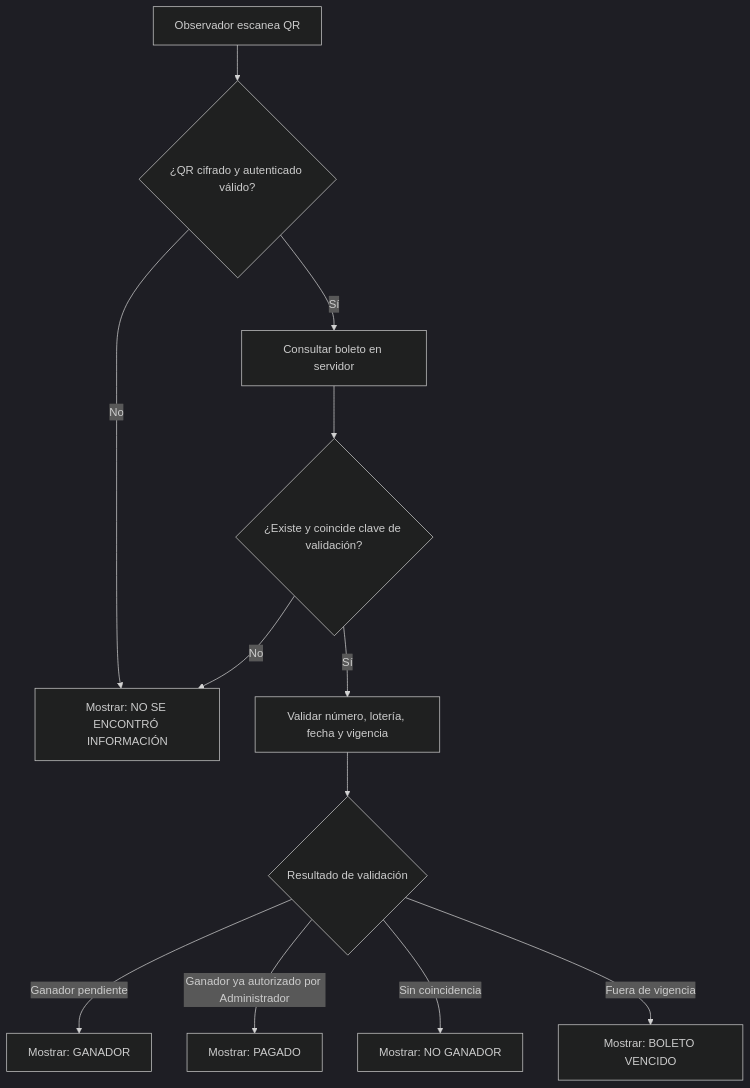
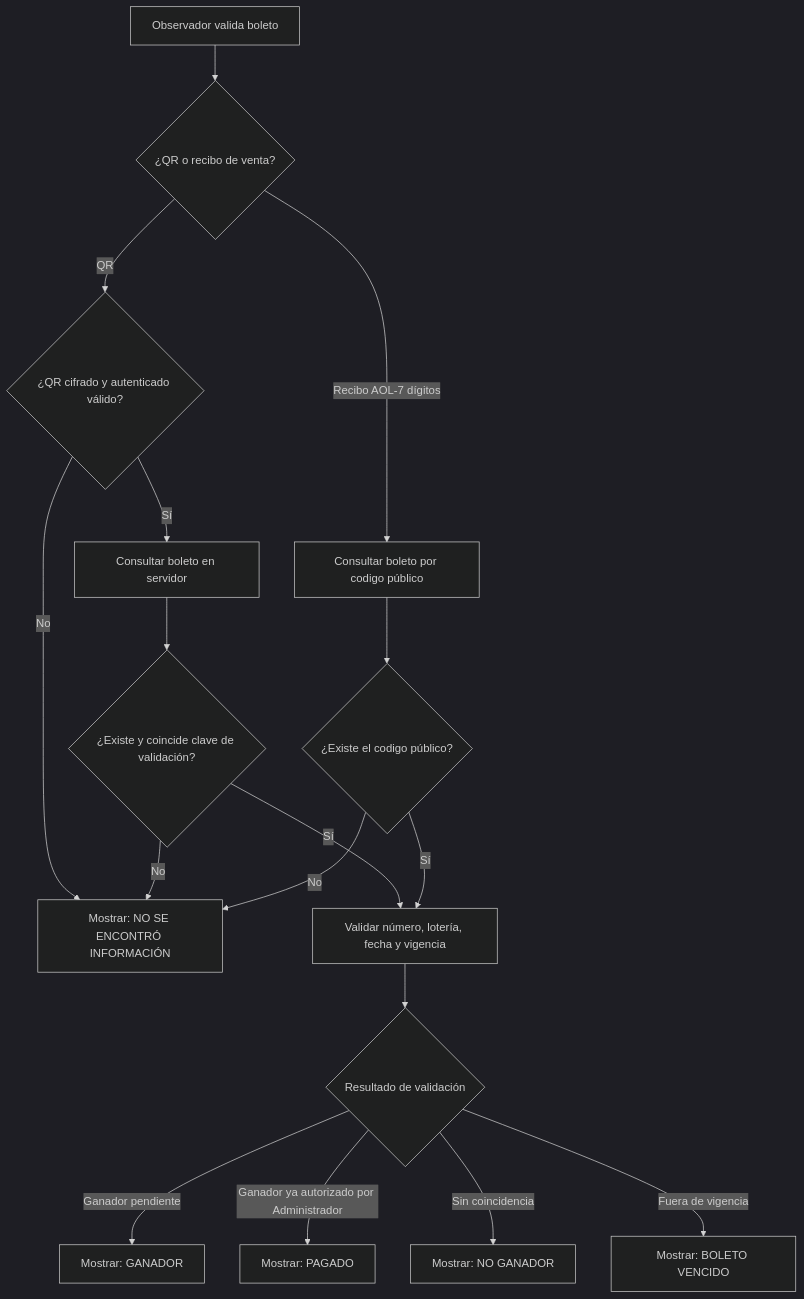
One commit to alejoortiz18/apuestasMarcelaAndres changed the fourth of 5 diagrams in documentos/REQUERIMIENTOS DE SOFTWARE.MD. Above: the diagram before and after it, drawn with Mermaid (dark theme). The commit also changed other lines of this file and 115 other files, not shown here.

````diff
--- a/documentos/REQUERIMIENTOS DE SOFTWARE.MD
+++ b/documentos/REQUERIMIENTOS DE SOFTWARE.MD
@@ -1718,14 +1736,19 @@
 ```mermaid
 flowchart TD
-    A[Observador escanea QR] --> B{¿QR cifrado y autenticado válido?}
+    A[Observador valida boleto] --> M{¿QR o recibo de venta?}
+    M -->|QR| B{¿QR cifrado y autenticado válido?}
+    M -->|Recibo AOL-7 dígitos| C[Consultar boleto por codigo público]
     B -->|No| X[Mostrar: NO SE ENCONTRÓ INFORMACIÓN]
-    B -->|Sí| C[Consultar boleto en servidor]
-    C --> D{¿Existe y coincide clave de validación?}
+    B -->|Sí| C2[Consultar boleto en servidor]
+    C2 --> D{¿Existe y coincide clave de validación?}
+    C --> D2{¿Existe el codigo público?}
     D -->|No| X
+    D2 -->|No| X
     D -->|Sí| E[Validar número, lotería, fecha y vigencia]
+    D2 -->|Sí| E
     E --> F{Resultado de validación}
     F -->|Ganador pendiente| G[Mostrar: GANADOR]
     F -->|Ganador ya autorizado por Administrador| H[Mostrar: PAGADO]
     F -->|Sin coincidencia| I[Mostrar: NO GANADOR]
     F -->|Fuera de vigencia| J[Mostrar: BOLETO VENCIDO]
 ```
````
